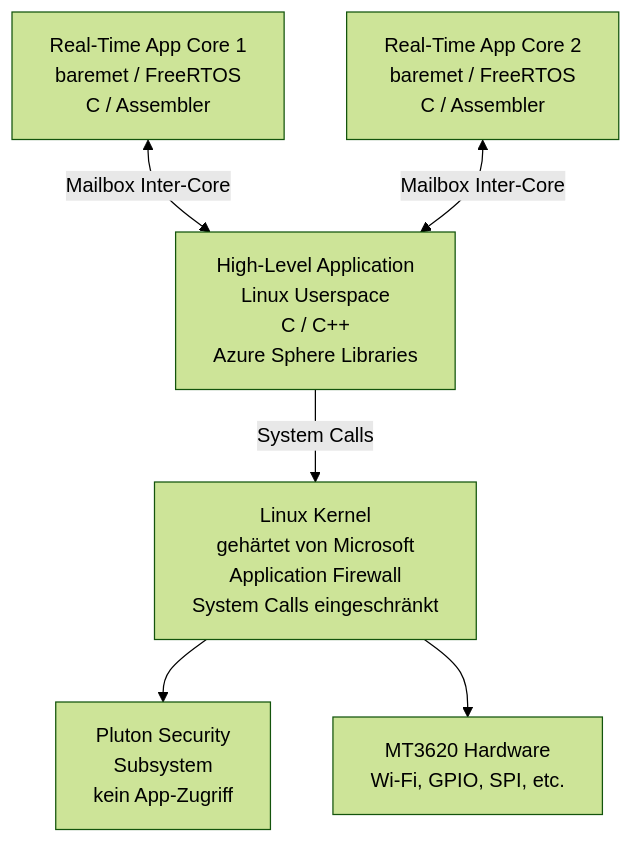
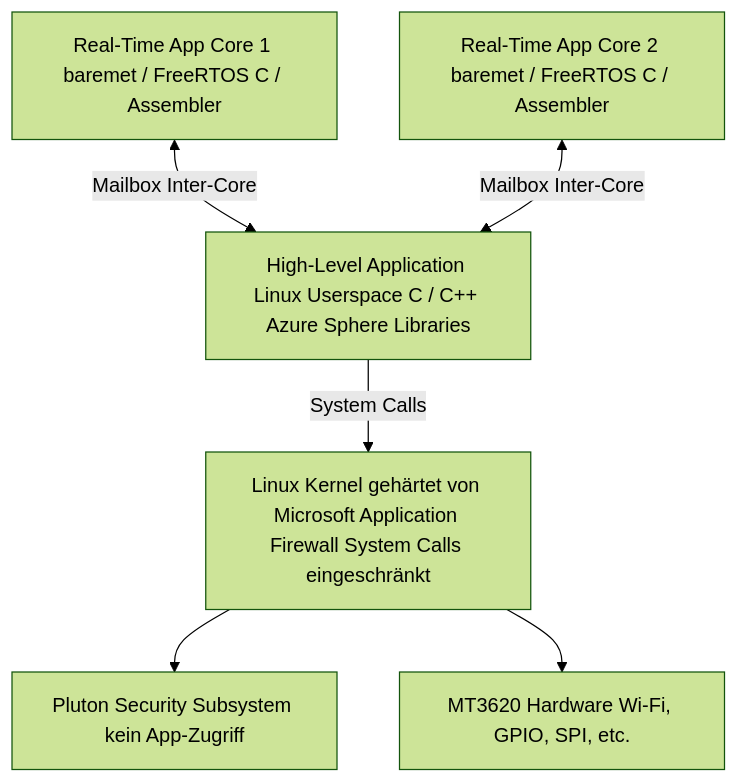
The third of 6 diagrams in Microsoft 365/Azure/IoT/Azure Sphere.md (SoniiiT/notes-n-docs), drawn with Mermaid (forest theme) before and after one commit. The commit also changed other lines of this file and 124 other files, not shown here.

First line of the commit message:
fix: Entferne \n aus allen Mermaid-Diagrammen (125 Dateien)

````diff
--- a/Microsoft 365/Azure/IoT/Azure Sphere.md
+++ b/Microsoft 365/Azure/IoT/Azure Sphere.md
@@ -102,14 +102,14 @@
 ```mermaid
 graph TD
-    App["High-Level Application\nLinux Userspace\nC / C++\nAzure Sphere Libraries"]
-    RTApp1["Real-Time App Core 1\nbaremet / FreeRTOS\nC / Assembler"]
-    RTApp2["Real-Time App Core 2\nbaremet / FreeRTOS\nC / Assembler"]
-    Kernel["Linux Kernel\ngehärtet von Microsoft\nApplication Firewall\nSystem Calls eingeschränkt"]
-    Security["Pluton Security\nSubsystem\nkein App-Zugriff"]
-    HW["MT3620 Hardware\nWi-Fi, GPIO, SPI, etc."]
+    App["High-Level Application Linux Userspace C / C++ Azure Sphere Libraries"]
+    RTApp1["Real-Time App Core 1 baremet / FreeRTOS C / Assembler"]
+    RTApp2["Real-Time App Core 2 baremet / FreeRTOS C / Assembler"]
+    Kernel["Linux Kernel gehärtet von Microsoft Application Firewall System Calls eingeschränkt"]
+    Security["Pluton Security Subsystem kein App-Zugriff"]
+    HW["MT3620 Hardware Wi-Fi, GPIO, SPI, etc."]
     App -->|System Calls| Kernel
     RTApp1 <-->|Mailbox Inter-Core| App
     RTApp2 <-->|Mailbox Inter-Core| App
     Kernel --> Security
     Kernel --> HW
 ```
````
